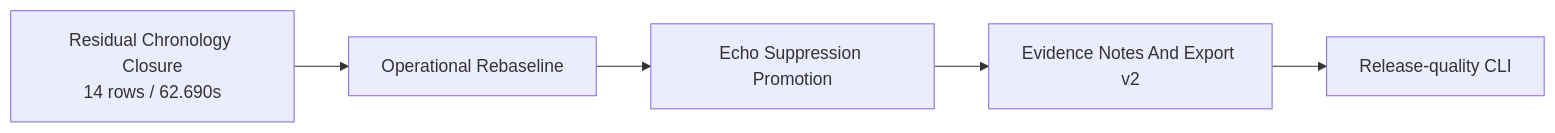
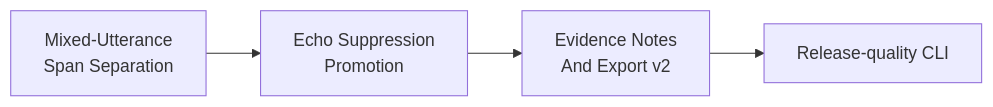
The diagram in docs/project/current-goal.md (asukhodko/murmurmark), drawn with Mermaid before and after one commit. The commit also changed other lines of this file and 18 other files, not shown here.

````diff
--- a/docs/project/current-goal.md
+++ b/docs/project/current-goal.md
@@ -64,10 +74,9 @@
 ```mermaid
 flowchart LR
-    A["Residual Chronology Closure<br/>14 rows / 62.690s"]
-    B["Operational Rebaseline"]
-    C["Echo Suppression Promotion"]
-    D["Evidence Notes And Export v2"]
-    E["Release-quality CLI"]
+    A["Mixed-Utterance<br/>Span Separation"]
+    B["Echo Suppression<br/>Promotion"]
+    C["Evidence Notes<br/>And Export v2"]
+    D["Release-quality CLI"]
 
-    A --> B --> C --> D --> E
+    A --> B --> C --> D
 ```
````
